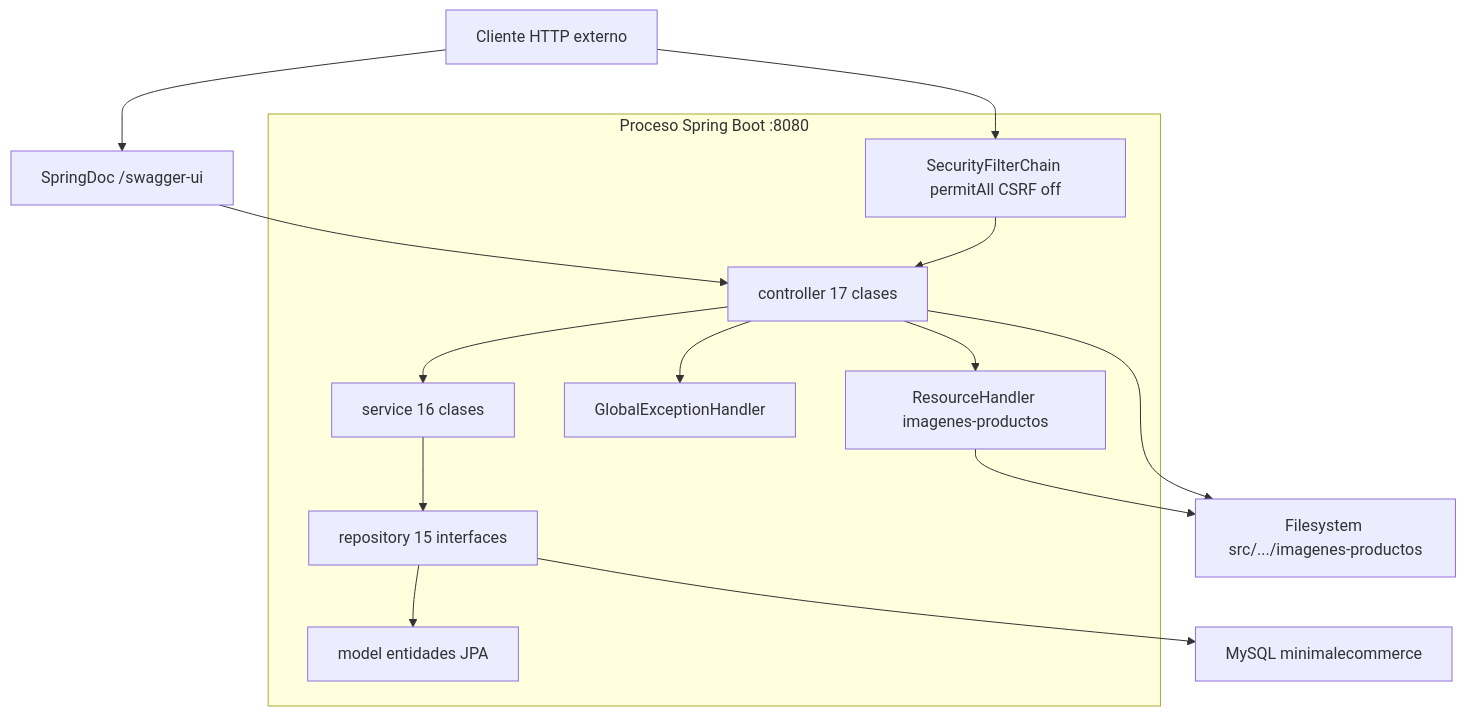
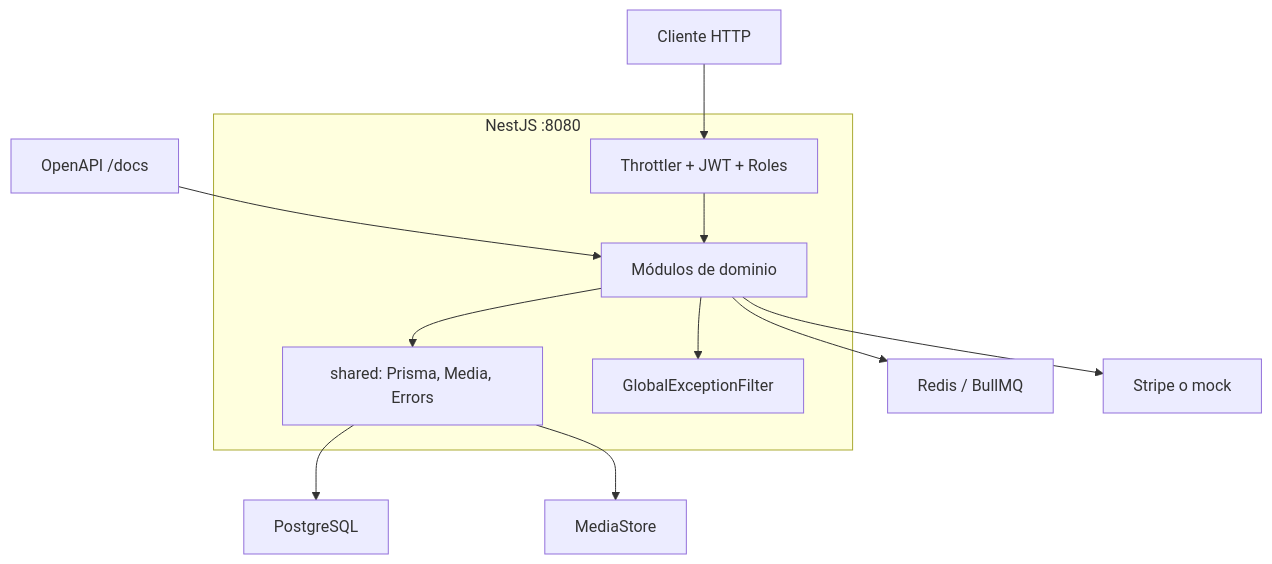
The first of 3 diagrams in docs/01-ARQUITECTURA-API.md (julianmeoficial/minimalecommerceapi), drawn with Mermaid before and after one commit. The commit also changed other lines of this file and 19 other files, not shown here.

````diff
--- a/docs/01-ARQUITECTURA-API.md
+++ b/docs/01-ARQUITECTURA-API.md
@@ -7,31 +23,27 @@
 ```mermaid
 flowchart TB
-  Client["Cliente HTTP externo"]
-  Swagger["SpringDoc /swagger-ui"]
+  Client["Cliente HTTP"]
+  Docs["OpenAPI /docs"]
 
-  subgraph process [Proceso Spring Boot :8080]
-    Filter["SecurityFilterChain permitAll CSRF off"]
-    Ctrl["controller 17 clases"]
-    Svc["service 16 clases"]
-    Repo["repository 15 interfaces"]
-    Model["model entidades JPA"]
-    Ex["GlobalExceptionHandler"]
-    Static["ResourceHandler imagenes-productos"]
+  subgraph process ["NestJS :8080"]
+    Guards["Throttler + JWT + Roles"]
+    Modules["Módulos de dominio"]
+    Shared["shared: Prisma, Media, Errors"]
+    Filter["GlobalExceptionFilter"]
   end
 
-  MySQL["MySQL minimalecommerce"]
-  Disk["Filesystem src/.../imagenes-productos"]
+  PG["PostgreSQL"]
+  Redis["Redis / BullMQ"]
+  Storage["MediaStore"]
+  Stripe["Stripe o mock"]
 
-  Client --> Filter
-  Client --> Swagger
-  Swagger --> Ctrl
-  Filter --> Ctrl
-  Ctrl --> Svc
-  Ctrl --> Static
-  Ctrl --> Ex
-  Svc --> Repo
-  Repo --> Model
-  Repo --> MySQL
-  Static --> Disk
-  Ctrl --> Disk
+  Client --> Guards
+  Docs --> Modules
+  Guards --> Modules
+  Modules --> Shared
+  Modules --> Filter
+  Shared --> PG
+  Modules --> Redis
+  Shared --> Storage
+  Modules --> Stripe
 ```
````
